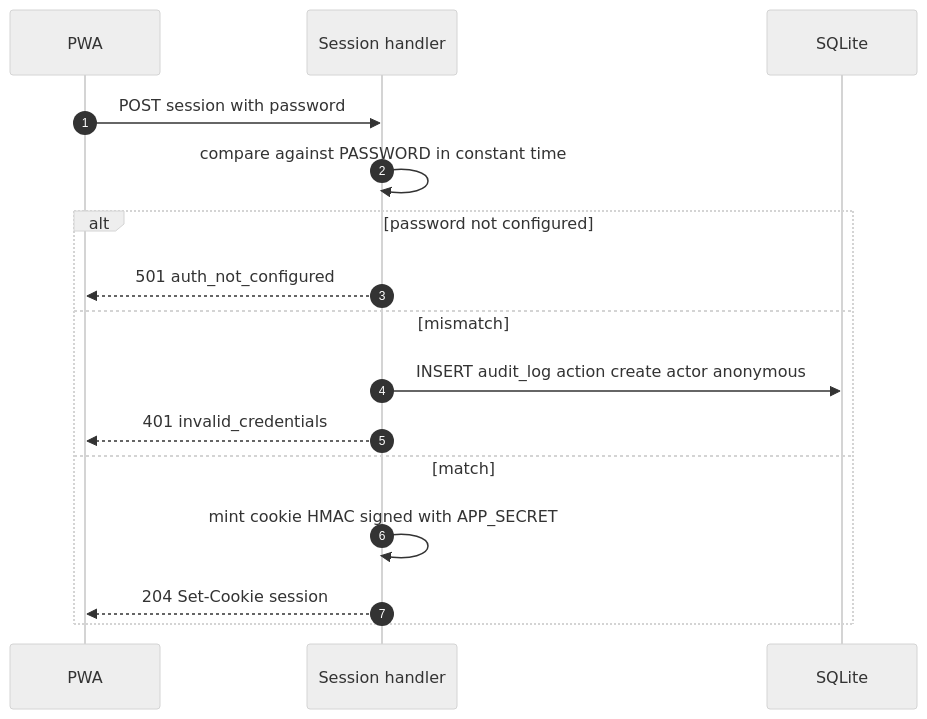
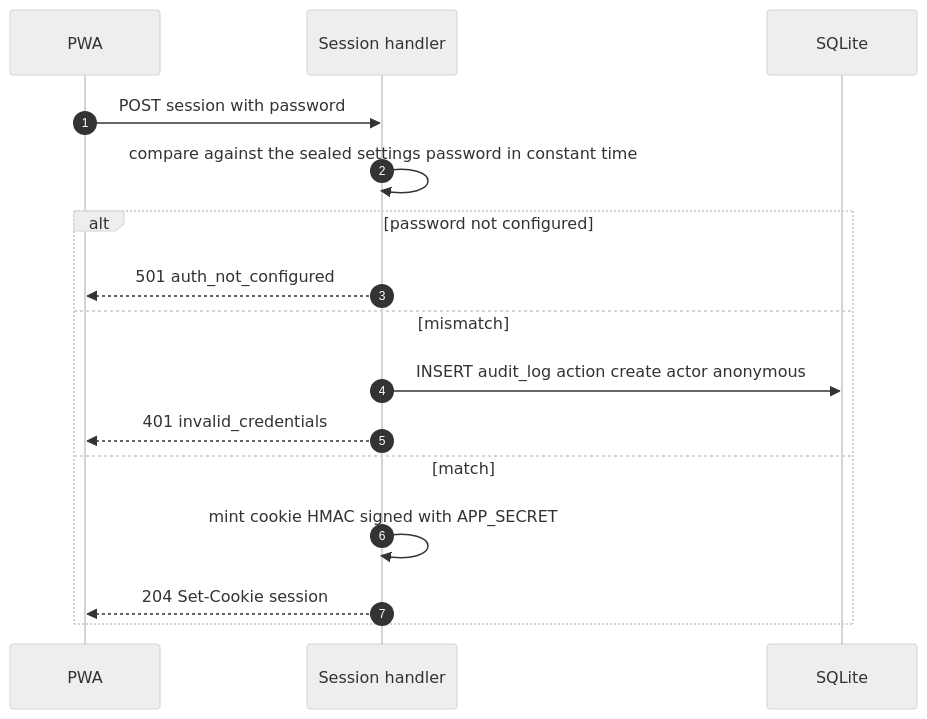
Before and after one commit to dimasbaguspm/spenicle: the second of 21 diagrams in docs/v2-api.md, drawn with Mermaid (neutral theme). The commit also changed other lines of this file and 2 other files, not shown here.

Commit message:
docs: stop showing PASSWORD in the install examples

````diff
--- a/docs/v2-api.md
+++ b/docs/v2-api.md
@@ -487,18 +487,18 @@
 ```mermaid
 sequenceDiagram
     autonumber
     participant UI as PWA
     participant API as Session handler
     participant DB as SQLite
     UI->>API: POST session with password
-    API->>API: compare against PASSWORD in constant time
+    API->>API: compare against the sealed settings password in constant time
     alt password not configured
         API-->>UI: 501 auth_not_configured
     else mismatch
         API->>DB: INSERT audit_log action create actor anonymous
         API-->>UI: 401 invalid_credentials
     else match
         API->>API: mint cookie HMAC signed with APP_SECRET
         API-->>UI: 204 Set-Cookie session
     end
 ```
````
